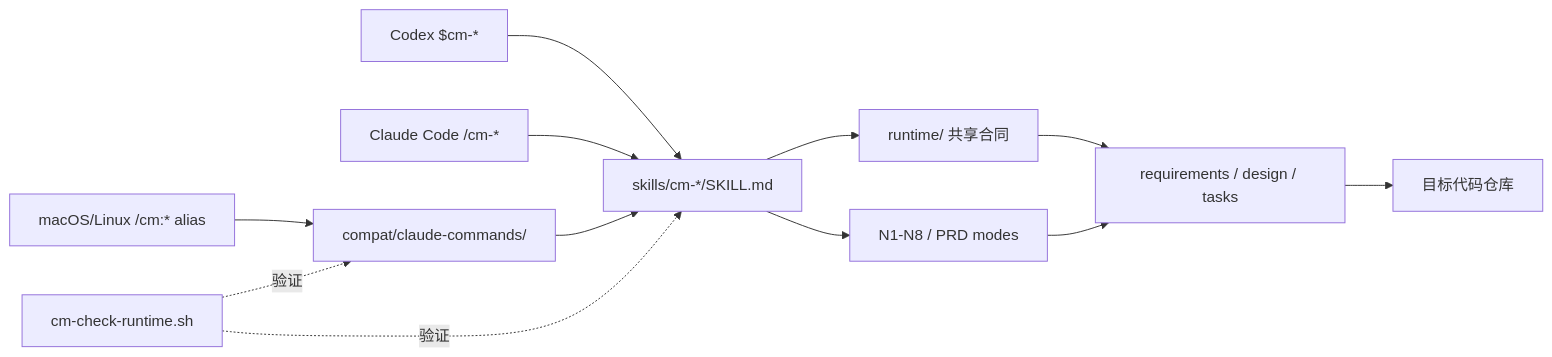
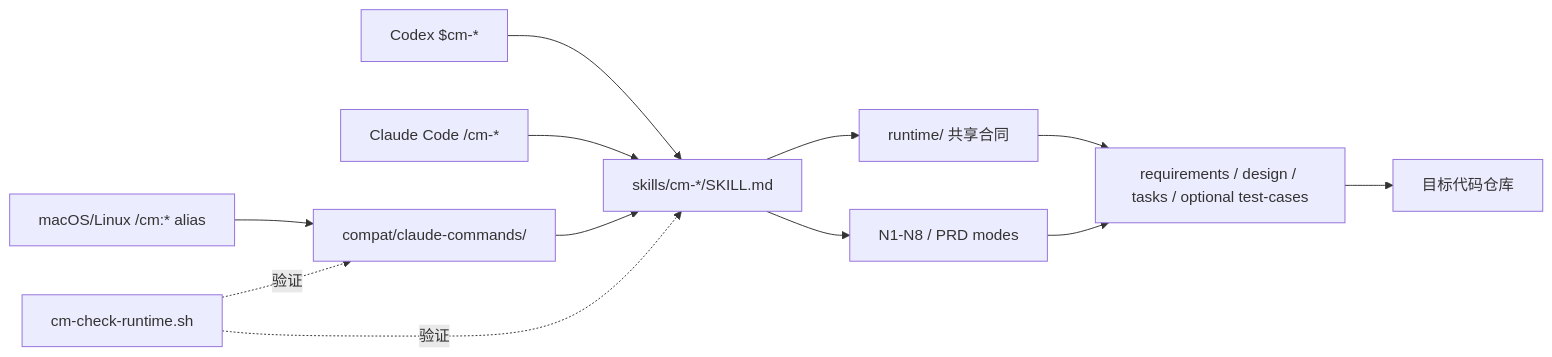
The diagram in README.md (kingxiaozhe/cm-workflow), drawn with Mermaid before and after one commit. The commit also changed other lines of this file and 23 other files, not shown here.

````diff
--- a/README.md
+++ b/README.md
@@ -120,14 +124,14 @@
 ```mermaid
 flowchart LR
     Codex["Codex $cm-*"] --> Skills["skills/cm-*/SKILL.md"]
     Claude["Claude Code /cm-*"] --> Skills
     Legacy["macOS/Linux /cm:* alias"] --> Wrappers["compat/claude-commands/"]
     Wrappers --> Skills
     Skills --> Runtime["runtime/ 共享合同"]
     Skills --> Refs["N1-N8 / PRD modes"]
-    Runtime --> Specs["requirements / design / tasks"]
+    Runtime --> Specs["requirements / design / tasks / optional test-cases"]
     Refs --> Specs
     Specs --> Code["目标代码仓库"]
     Check["cm-check-runtime.sh"] -. 验证 .-> Skills
     Check -. 验证 .-> Wrappers
 ```
````
